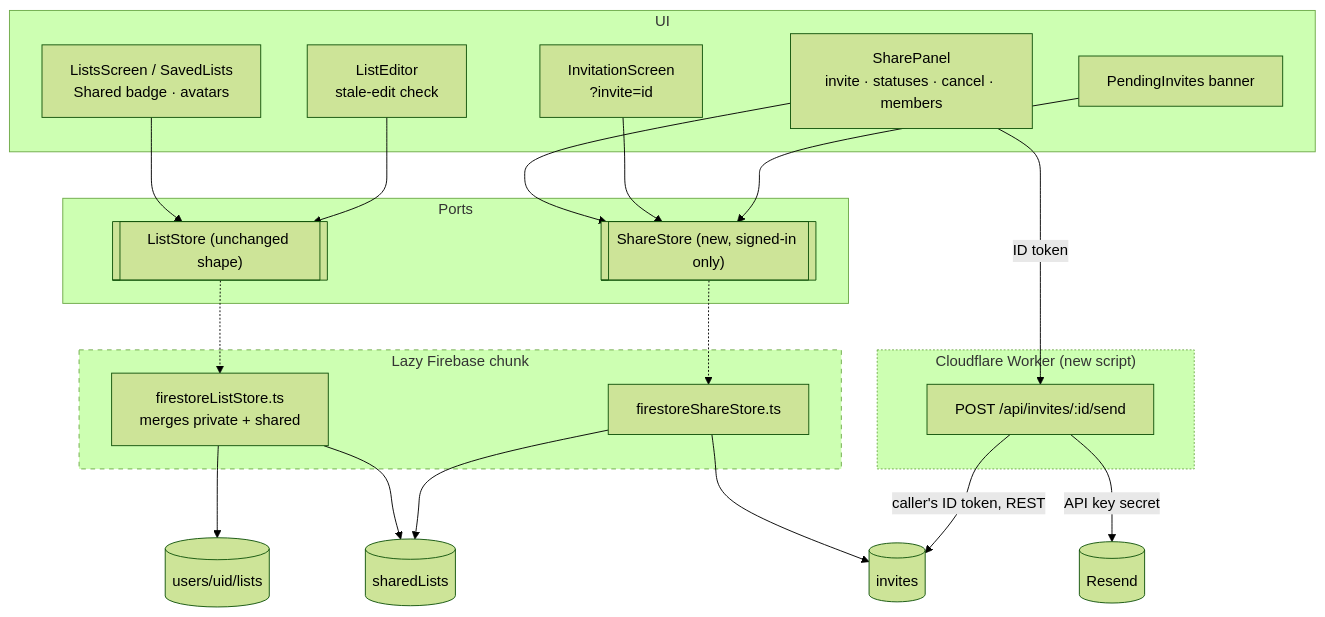
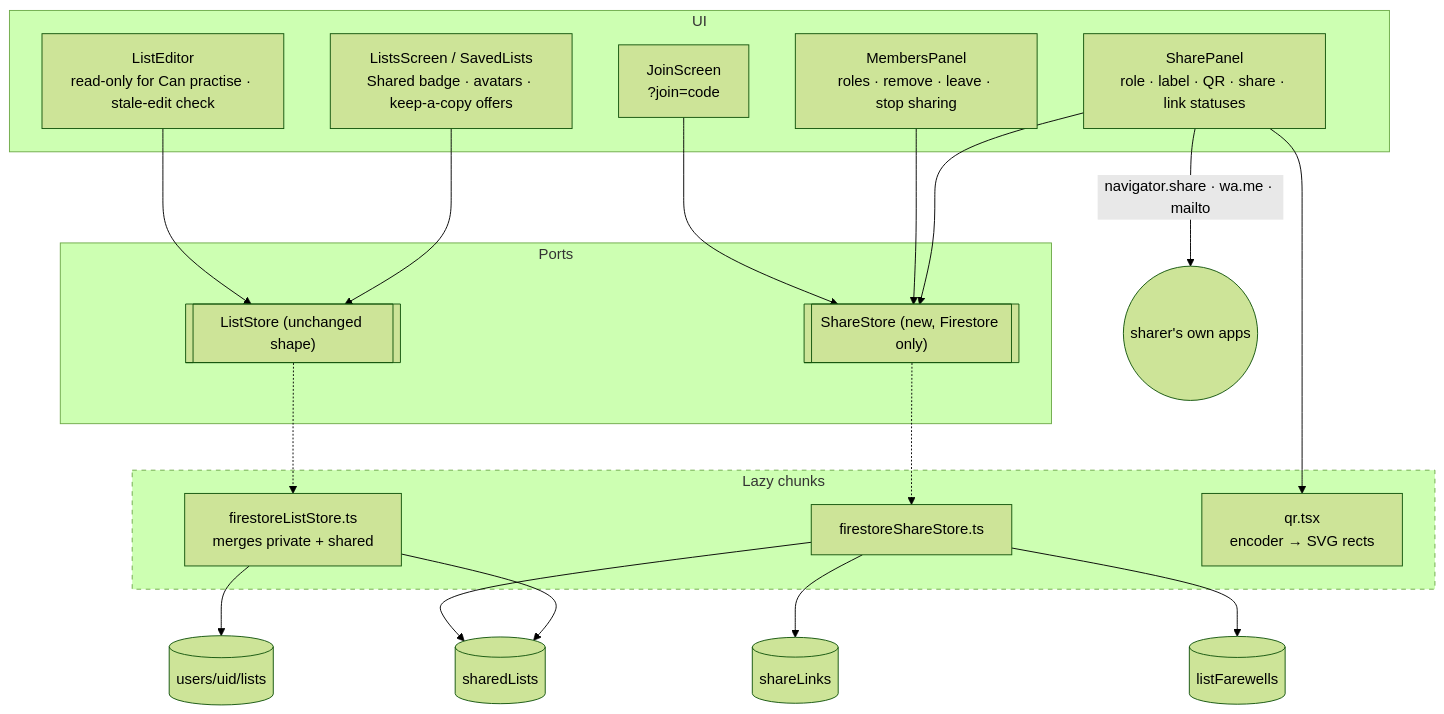
The diagram in .claude/specs/016-list-sharing/plan.md (EtiNoked/practice-vocabulary), drawn with Mermaid (forest theme) before and after one commit. The commit also changed other lines of this file and 3 other files, not shown here.

First line of the commit message:
docs(016): revise list sharing to share links and QR codes

````diff
--- a/.claude/specs/016-list-sharing/plan.md
+++ b/.claude/specs/016-list-sharing/plan.md
@@ -37,42 +47,38 @@
 ```mermaid
 flowchart TD
     subgraph UI["UI"]
-        Lists[ListsScreen / SavedLists<br/>Shared badge · avatars]
-        SharePanel[SharePanel<br/>invite · statuses · cancel · members]
-        Invite[InvitationScreen<br/>?invite=id]
-        Banner[PendingInvites banner]
-        Editor[ListEditor<br/>stale-edit check]
+        Lists[ListsScreen / SavedLists<br/>Shared badge · avatars · keep-a-copy offers]
+        SharePanel[SharePanel<br/>role · label · QR · share · link statuses]
+        Members[MembersPanel<br/>roles · remove · leave · stop sharing]
+        Join[JoinScreen<br/>?join=code]
+        Editor[ListEditor<br/>read-only for Can practise · stale-edit check]
     end
 
     subgraph Ports["Ports"]
         Store[["ListStore (unchanged shape)"]]
-        Share[["ShareStore (new, signed-in only)"]]
+        Share[["ShareStore (new, Firestore only)"]]
     end
 
-    subgraph Cloud["Lazy Firebase chunk"]
+    subgraph Lazy["Lazy chunks"]
         FsStore[firestoreListStore.ts<br/>merges private + shared]
         FsShare[firestoreShareStore.ts]
-    end
-
-    subgraph Worker["Cloudflare Worker (new script)"]
-        Route[POST /api/invites/:id/send]
+        QR[qr.tsx<br/>encoder → SVG rects]
     end
 
     Lists --> Store
     Editor --> Store
     SharePanel --> Share
-    Invite --> Share
-    Banner --> Share
+    SharePanel --> QR
+    Members --> Share
+    Join --> Share
     Store -.-> FsStore
     Share -.-> FsShare
     FsStore --> P[(users/uid/lists)]
     FsStore --> S[(sharedLists)]
     FsShare --> S
-    FsShare --> I[(invites)]
-    SharePanel -->|ID token| Route
-    Route -->|caller's ID token, REST| I
-    Route -->|API key secret| Resend[(Resend)]
+    FsShare --> L[(shareLinks)]
+    FsShare --> F[(listFarewells)]
+    SharePanel -->|navigator.share · wa.me · mailto| Out((sharer's own apps))
 
-    style Cloud stroke-dasharray: 5 5
-    style Worker stroke-dasharray: 2 2
+    style Lazy stroke-dasharray: 5 5
 ```
````
